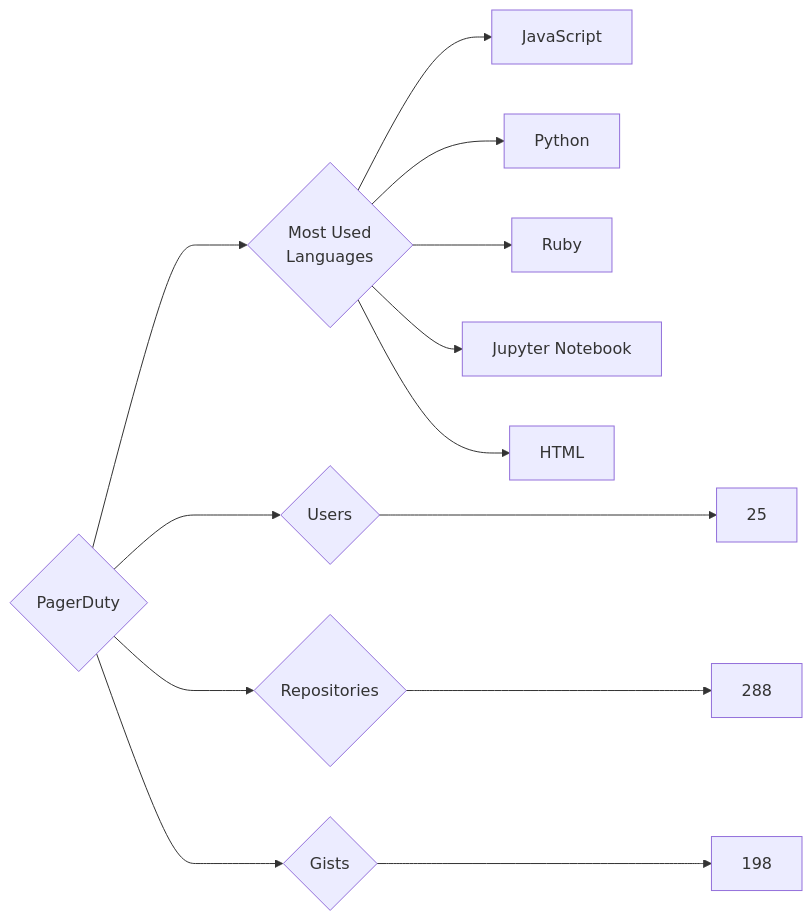
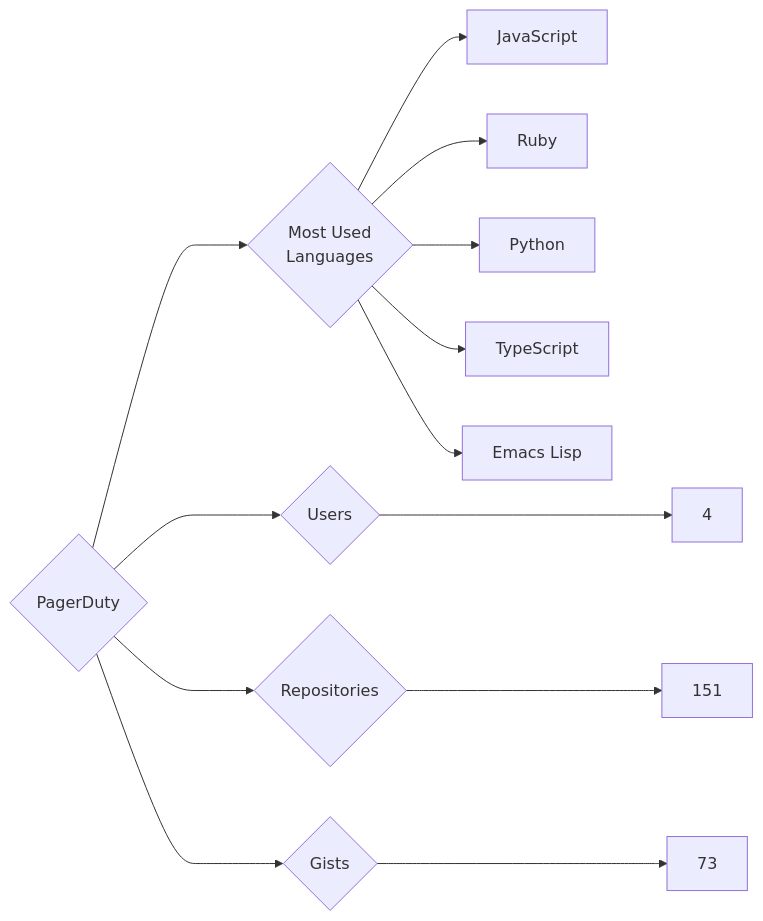
One commit to trickest/insiders changed the diagram in targets/PagerDuty/README.md. Above: the diagram before and after it, drawn with Mermaid. The commit also changed 877 other files, not shown here.

````diff
--- a/targets/PagerDuty/README.md
+++ b/targets/PagerDuty/README.md
@@ -3,13 +3,13 @@
 ```mermaid
 graph LR
 COMPANY_NAME{PagerDuty}
-COMPANY_NAME ---> U{Users} ---> UN[25]
-COMPANY_NAME ---> R{Repositories} ---> RN[288]
-COMPANY_NAME ---> G{Gists} ---> GN[198]
+COMPANY_NAME ---> U{Users} ---> UN[4]
+COMPANY_NAME ---> R{Repositories} ---> RN[151]
+COMPANY_NAME ---> G{Gists} ---> GN[73]
 COMPANY_NAME ---> ML{Most Used<br>Languages}
 ML --> JavaScript[JavaScript]
+ML --> Ruby[Ruby]
 ML --> Python[Python]
-ML --> Ruby[Ruby]
-ML --> Jupyter_Notebook[Jupyter Notebook]
-ML --> HTML[HTML]
+ML --> TypeScript[TypeScript]
+ML --> Emacs_Lisp[Emacs Lisp]
 ```
````
